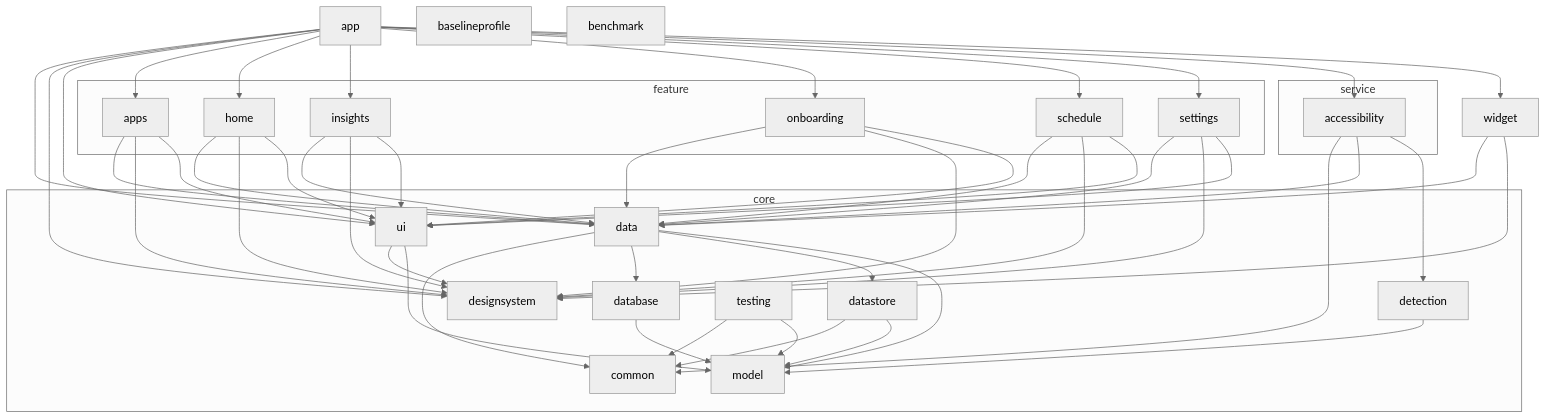
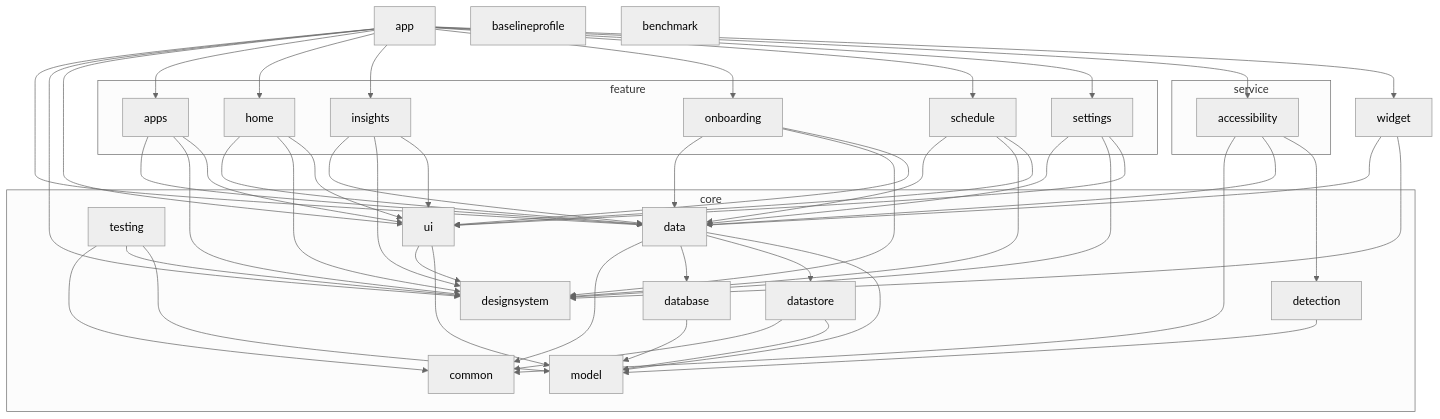
The diagram in README.md (uveshm003/unreel-android), drawn with Mermaid (neutral theme) before and after one commit. The commit also changed 4 other files, not shown here.

````diff
--- a/README.md
+++ b/README.md
@@ -76,75 +76,76 @@
 ```mermaid
 graph TD
     app[app]
     baselineprofile[baselineprofile]
     benchmark[benchmark]
     widget[widget]
     subgraph core
         core_common[common]
         core_data[data]
         core_database[database]
         core_datastore[datastore]
         core_designsystem[designsystem]
         core_detection[detection]
         core_model[model]
         core_testing[testing]
         core_ui[ui]
     end
     subgraph feature
         feature_apps[apps]
         feature_home[home]
         feature_insights[insights]
         feature_onboarding[onboarding]
         feature_schedule[schedule]
         feature_settings[settings]
     end
     subgraph service
         service_accessibility[accessibility]
     end
     app --> core_data
     app --> core_designsystem
     app --> core_ui
     app --> feature_apps
     app --> feature_home
     app --> feature_insights
     app --> feature_onboarding
     app --> feature_schedule
     app --> feature_settings
     app --> service_accessibility
     app --> widget
     core_data --> core_common
     core_data --> core_database
     core_data --> core_datastore
     core_data --> core_model
     core_database --> core_model
     core_datastore --> core_common
     core_datastore --> core_model
     core_detection --> core_model
     core_testing --> core_common
+    core_testing --> core_designsystem
     core_testing --> core_model
     core_ui --> core_designsystem
     core_ui --> core_model
     feature_apps --> core_data
     feature_apps --> core_designsystem
     feature_apps --> core_ui
     feature_home --> core_data
     feature_home --> core_designsystem
     feature_home --> core_ui
     feature_insights --> core_data
     feature_insights --> core_designsystem
     feature_insights --> core_ui
     feature_onboarding --> core_data
     feature_onboarding --> core_designsystem
     feature_onboarding --> core_ui
     feature_schedule --> core_data
     feature_schedule --> core_designsystem
     feature_schedule --> core_ui
     feature_settings --> core_data
     feature_settings --> core_designsystem
     feature_settings --> core_ui
     service_accessibility --> core_common
     service_accessibility --> core_data
     service_accessibility --> core_detection
     widget --> core_data
     widget --> core_designsystem
 ```
````
